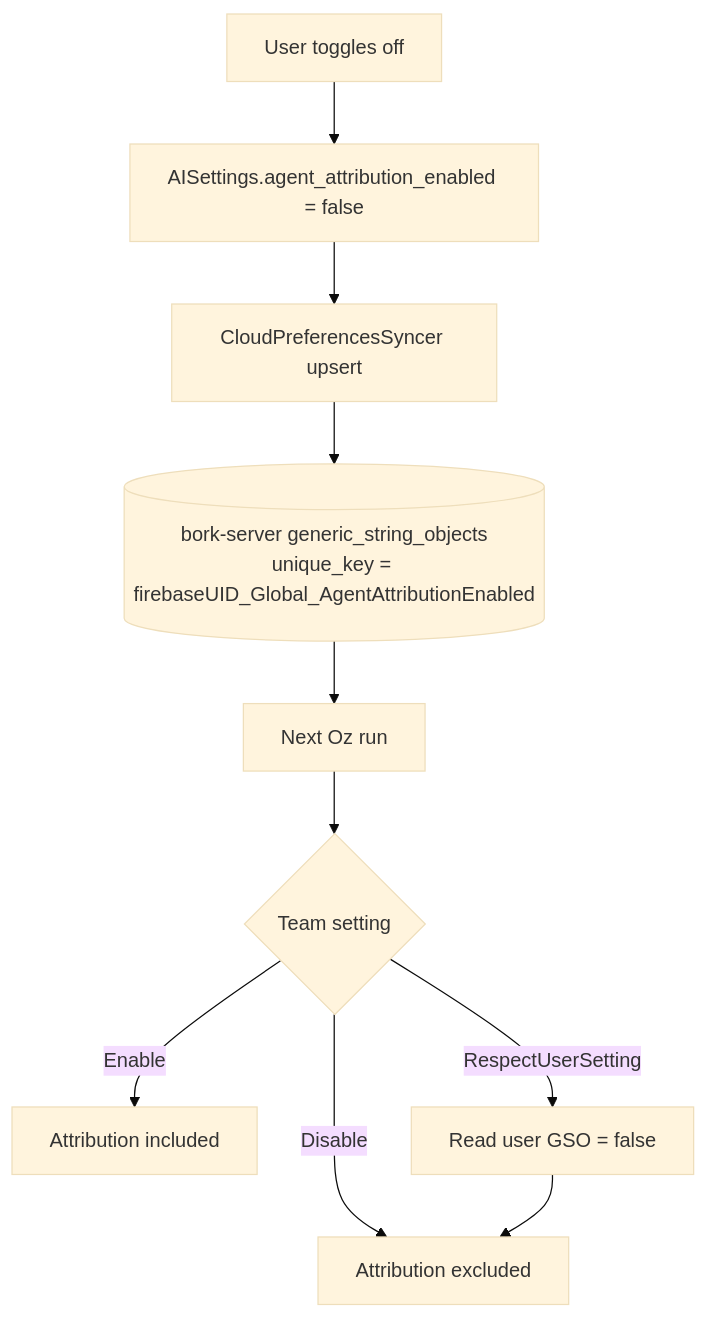
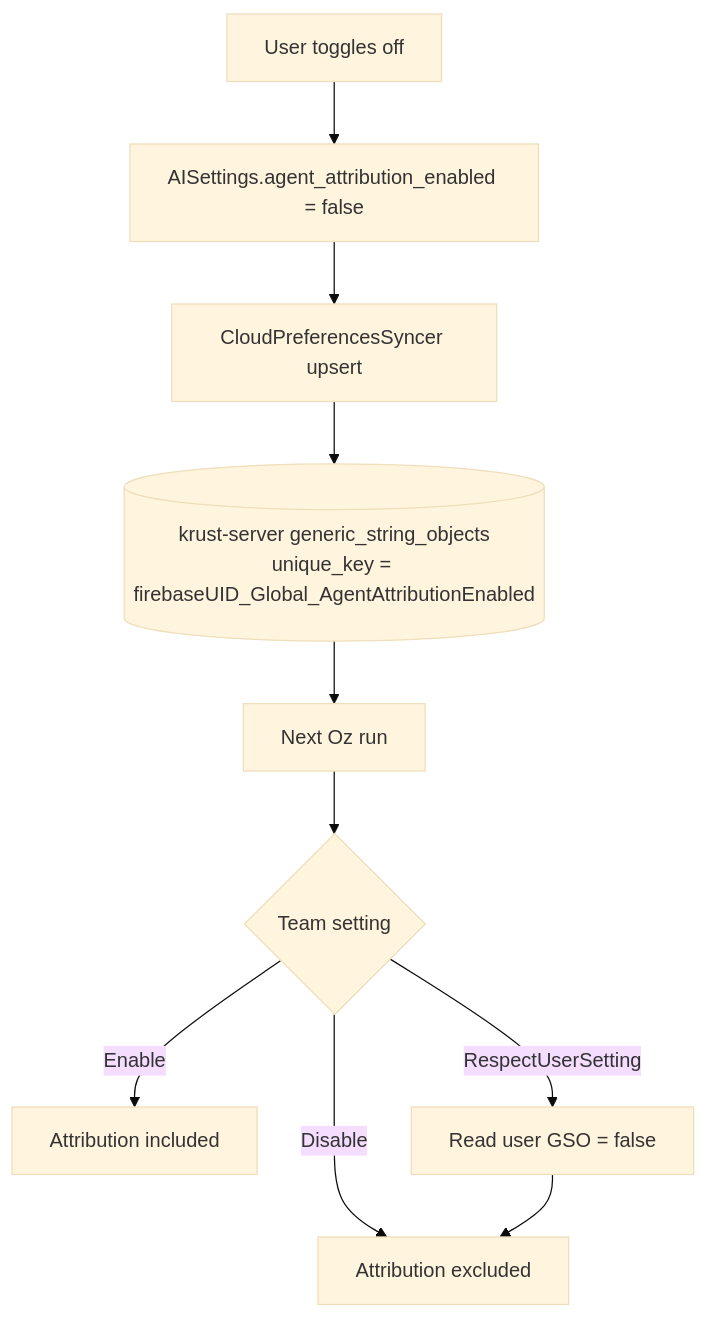
One commit to antikrust/krust-terminal changed the diagram in specs/APP-3585/TECH.md. Above: the diagram before and after it, drawn with Mermaid (base theme). The commit also changed other lines of this file and 4480 other files, not shown here.

First line of the commit message:
Rebrand Bork -> Krust

````diff
--- a/specs/APP-3585/TECH.md
+++ b/specs/APP-3585/TECH.md
@@ -67,12 +67,12 @@
 ```mermaid
 flowchart TD
     A[User toggles off] --> B[AISettings.agent_attribution_enabled = false]
     B --> C[CloudPreferencesSyncer upsert]
-    C --> D[(bork-server generic_string_objects\nunique_key = firebaseUID_Global_AgentAttributionEnabled)]
+    C --> D[(krust-server generic_string_objects\nunique_key = firebaseUID_Global_AgentAttributionEnabled)]
     D --> E[Next Oz run]
     E --> F{Team setting}
     F -->|Enable| G[Attribution included]
     F -->|Disable| H[Attribution excluded]
     F -->|RespectUserSetting| I[Read user GSO = false]
     I --> H
 ```
````
